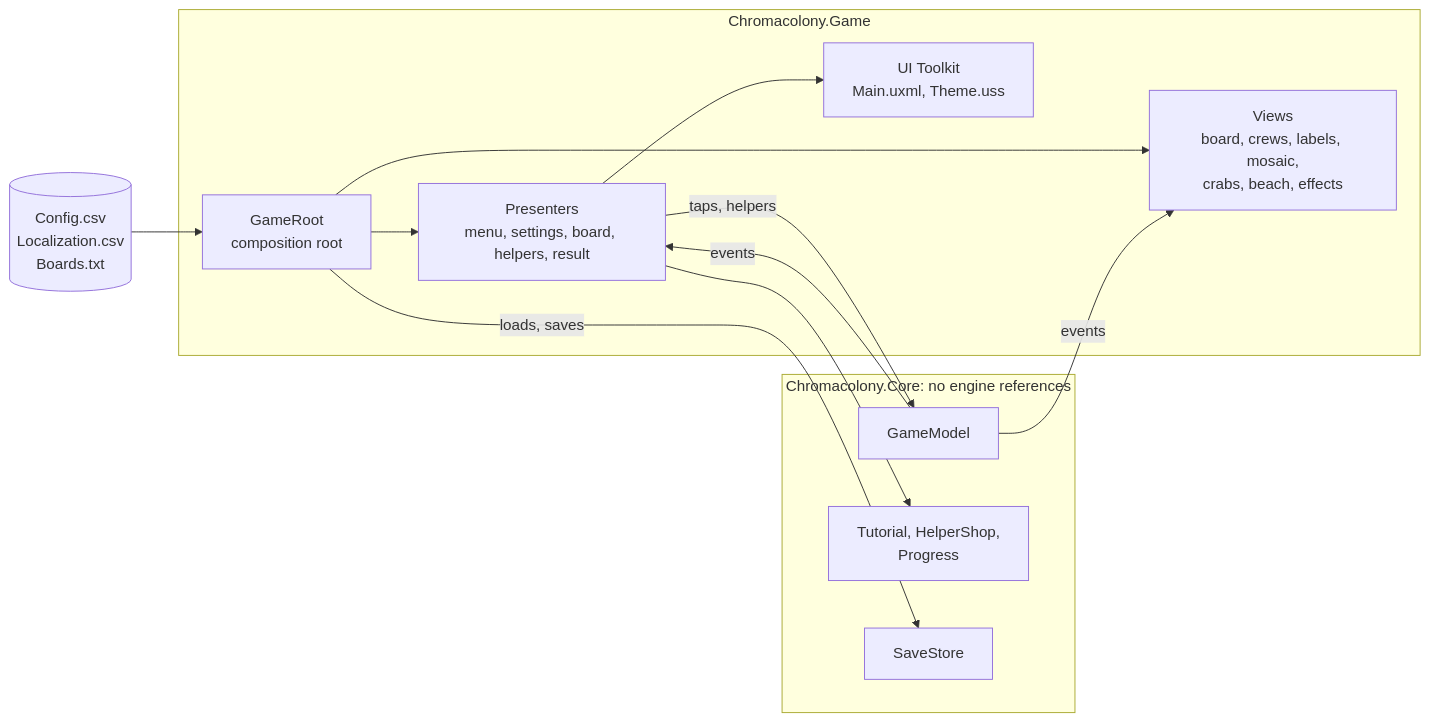
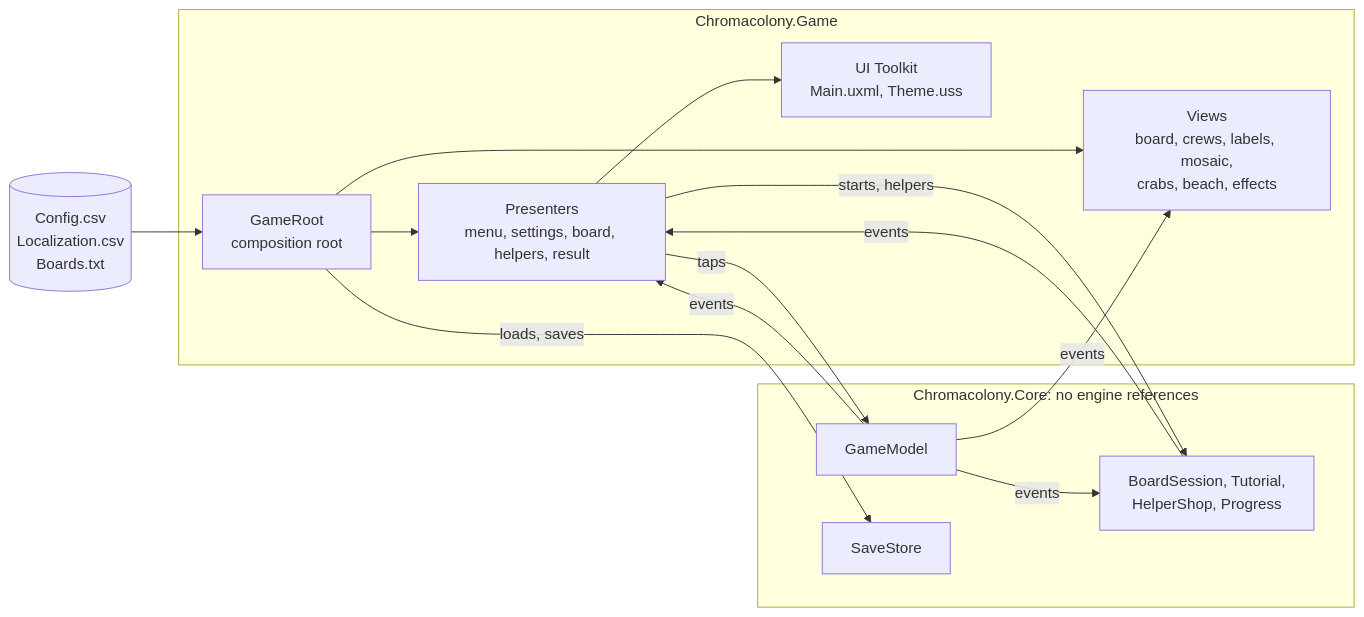
One commit to andrewboykodeveloper/chromacolony changed the diagram in README.md. Above: the diagram before and after it, drawn with Mermaid. The commit also changed 15 other files, not shown here.

First line of the commit message:
refactor: move the helpers' payments and a board's end into the core

````diff
--- a/README.md
+++ b/README.md
@@ -22,23 +22,25 @@
 ```mermaid
 flowchart LR
     Data[("Config.csv<br/>Localization.csv<br/>Boards.txt")] --> Root
     subgraph Game["Chromacolony.Game"]
         Root["GameRoot<br/>composition root"]
         Presenters["Presenters<br/>menu, settings, board, helpers, result"]
         Views["Views<br/>board, crews, labels, mosaic,<br/>crabs, beach, effects"]
         UI["UI Toolkit<br/>Main.uxml, Theme.uss"]
     end
     subgraph Core["Chromacolony.Core: no engine references"]
         Model["GameModel"]
-        Around["Tutorial, HelperShop,<br/>Progress"]
+        Around["BoardSession, Tutorial,<br/>HelperShop, Progress"]
         Saves["SaveStore"]
     end
     Root --> Presenters
     Root --> Views
     Root -- "loads, saves" --> Saves
     Presenters --> UI
-    Presenters -- "taps, helpers" --> Model
+    Presenters -- "taps" --> Model
+    Presenters -- "starts, helpers" --> Around
     Model -- "events" --> Views
+    Model -- "events" --> Around
     Model -- "events" --> Presenters
-    Presenters --> Around
+    Around -- "events" --> Presenters
 ```
````
